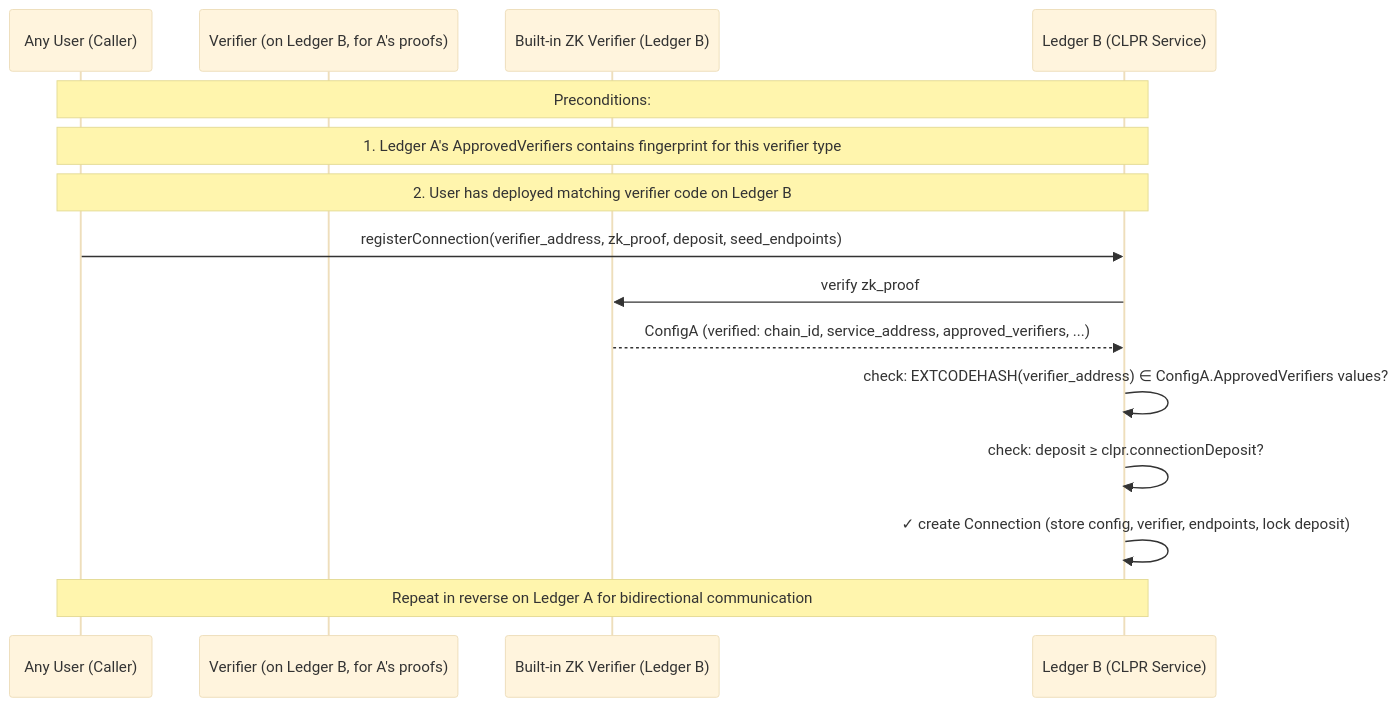
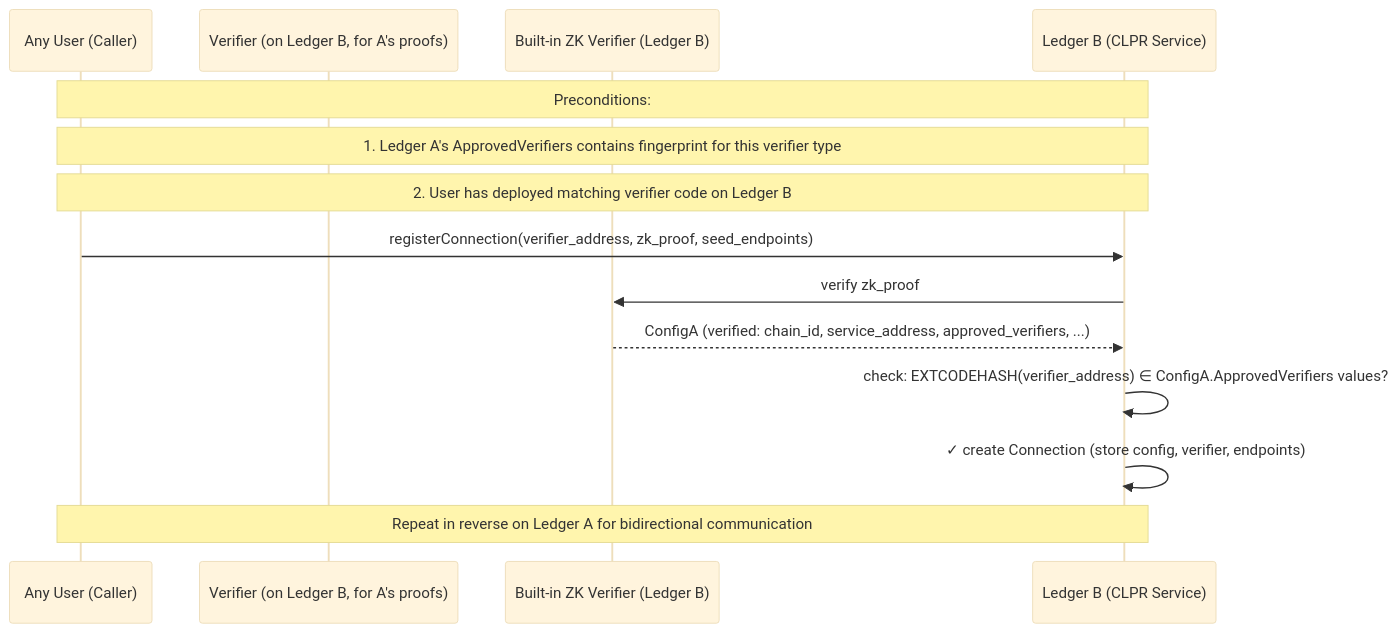
Before and after one commit to hiero-ledger/hiero-consensus-node: the first of 5 diagrams in hedera-node/docs/design/services/clpr-service/clpr-service.md, drawn with Mermaid (base theme). The commit also changed other lines of this file and 1 other file, not shown here.

Commit message:
docs(clpr): redesign verifier migration, remove deposits, add throttles

````diff
--- a/hedera-node/docs/design/services/clpr-service/clpr-service.md
+++ b/hedera-node/docs/design/services/clpr-service/clpr-service.md
@@ -358,20 +382,19 @@
 ```mermaid
 sequenceDiagram
     participant User as Any User (Caller)
     participant VA as Verifier (on Ledger B, for A's proofs)
     participant ZK as Built-in ZK Verifier (Ledger B)
     participant LB as Ledger B (CLPR Service)
 
     Note over User,LB: Preconditions:
     Note over User,LB: 1. Ledger A's ApprovedVerifiers contains fingerprint for this verifier type
     Note over User,LB: 2. User has deployed matching verifier code on Ledger B
 
-    User->>LB: registerConnection(verifier_address, zk_proof, deposit, seed_endpoints)
+    User->>LB: registerConnection(verifier_address, zk_proof, seed_endpoints)
     LB->>ZK: verify zk_proof
     ZK-->>LB: ConfigA (verified: chain_id, service_address, approved_verifiers, ...)
     LB->>LB: check: EXTCODEHASH(verifier_address) ∈ ConfigA.ApprovedVerifiers values?
-    LB->>LB: check: deposit ≥ clpr.connectionDeposit?
-    LB->>LB: ✓ create Connection (store config, verifier, endpoints, lock deposit)
+    LB->>LB: ✓ create Connection (store config, verifier, endpoints)
 
     Note over User,LB: Repeat in reverse on Ledger A for bidirectional communication
 ```
````
